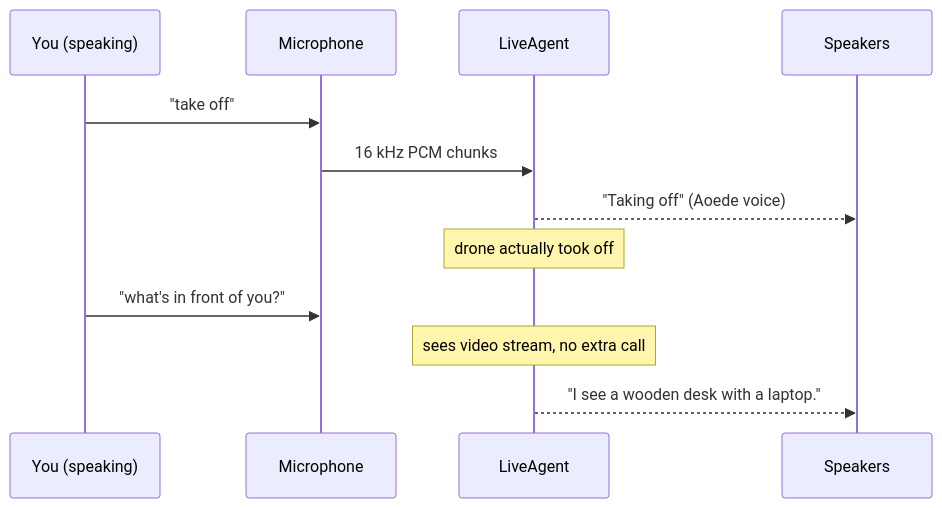
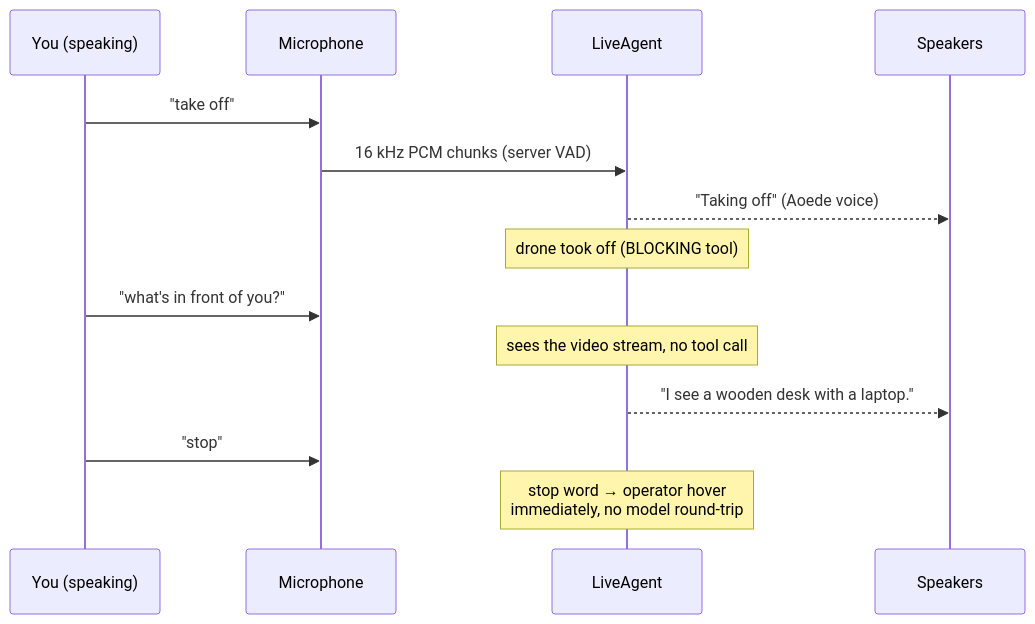
One commit to AyushRajgor/Tello-autonomous changed the third of 5 diagrams in docs/user-flows.md. Above: the diagram before and after it, drawn with Mermaid. The commit also changed other lines of this file and 50 other files, not shown here.

````diff
--- a/docs/user-flows.md
+++ b/docs/user-flows.md
@@ -101,14 +123,16 @@
 ```mermaid
 sequenceDiagram
     participant U as You (speaking)
     participant M as Microphone
     participant LA as LiveAgent
     participant S as Speakers
     U->>M: "take off"
-    M->>LA: 16 kHz PCM chunks
+    M->>LA: 16 kHz PCM chunks (server VAD)
     LA-->>S: "Taking off" (Aoede voice)
-    Note over LA: drone actually took off
+    Note over LA: drone took off (BLOCKING tool)
     U->>M: "what's in front of you?"
-    Note over LA: sees video stream, no extra call
+    Note over LA: sees the video stream, no tool call
     LA-->>S: "I see a wooden desk with a laptop."
+    U->>M: "stop"
+    Note over LA: stop word → operator hover<br/>immediately, no model round-trip
 ```
````
